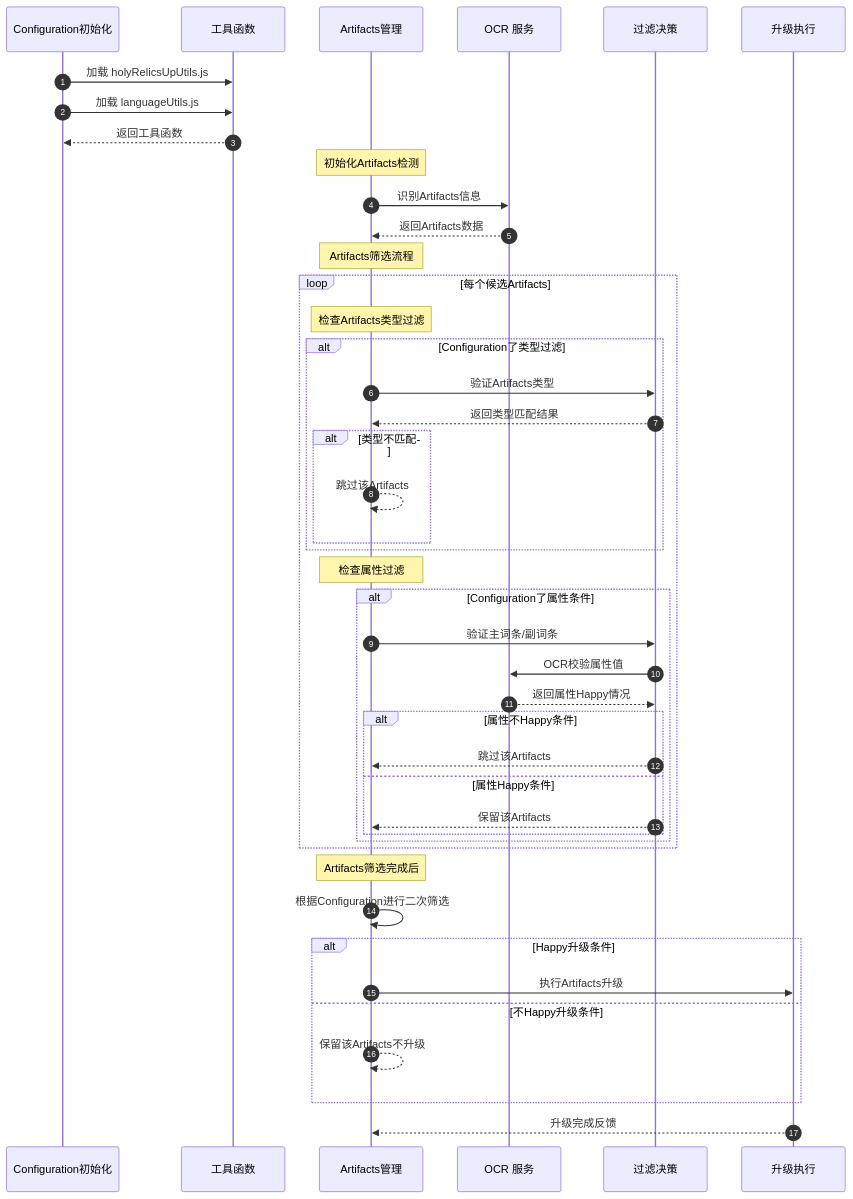
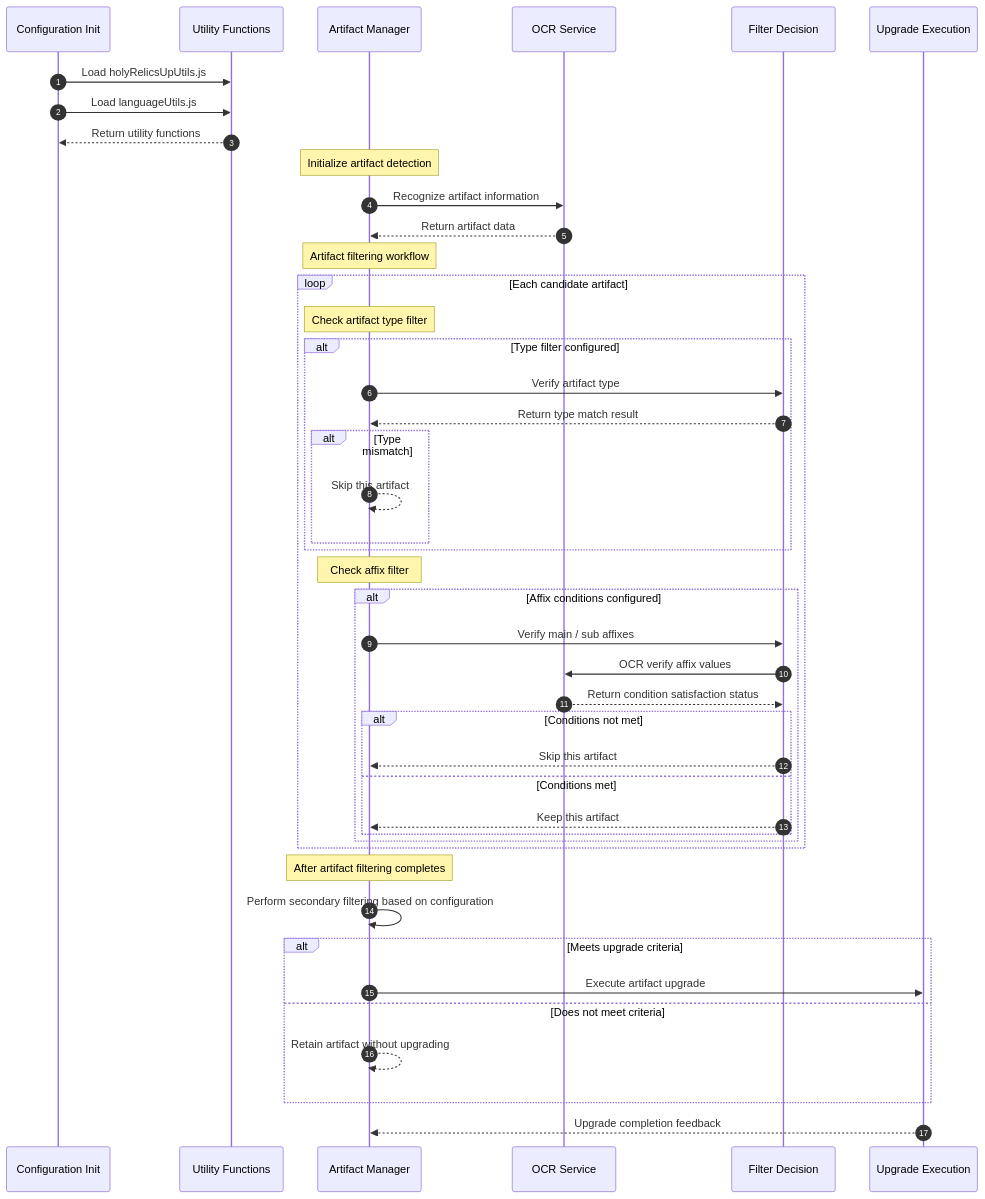
One commit to krammarkro/bettergi-scripts-list-en changed the diagram in repo/js/HolyRelicsUp/README.md. Above: the diagram before and after it, drawn with Mermaid. The commit also changed other lines of this file and 91 other files, not shown here.

````diff
--- a/repo/js/HolyRelicsUp/README.md
+++ b/repo/js/HolyRelicsUp/README.md
@@ -10,51 +11,51 @@
 ```mermaid
 sequenceDiagram
     autonumber
-    participant Config as Configuration初始化
-    participant Utils as 工具函数
-    participant RelicMgr as Artifacts管理
-    participant OCRSvc as OCR 服务
-    participant Filter as 过滤决策
-    participant Upgrade as 升级执行
+    participant Config as Configuration Init
+    participant Utils as Utility Functions
+    participant RelicMgr as Artifact Manager
+    participant OCRSvc as OCR Service
+    participant Filter as Filter Decision
+    participant Upgrade as Upgrade Execution
 
-    Config->>Utils: 加载 holyRelicsUpUtils.js
-    Config->>Utils: 加载 languageUtils.js
-    Utils-->>Config: 返回工具函数
+    Config->>Utils: Load holyRelicsUpUtils.js
+    Config->>Utils: Load languageUtils.js
+    Utils-->>Config: Return utility functions
     
-    Note over RelicMgr: 初始化Artifacts检测
-    RelicMgr->>OCRSvc: 识别Artifacts信息
-    OCRSvc-->>RelicMgr: 返回Artifacts数据
+    Note over RelicMgr: Initialize artifact detection
+    RelicMgr->>OCRSvc: Recognize artifact information
+    OCRSvc-->>RelicMgr: Return artifact data
     
-    Note over RelicMgr: Artifacts筛选流程
-    loop 每个候选Artifacts
-        Note over RelicMgr: 检查Artifacts类型过滤
-        alt Configuration了类型过滤
-            RelicMgr->>Filter: 验证Artifacts类型
-            Filter-->>RelicMgr: 返回类型匹配结果
-            alt 类型不匹配
-                RelicMgr-->>RelicMgr: 跳过该Artifacts
+    Note over RelicMgr: Artifact filtering workflow
+    loop Each candidate artifact
+        Note over RelicMgr: Check artifact type filter
+        alt Type filter configured
+            RelicMgr->>Filter: Verify artifact type
+            Filter-->>RelicMgr: Return type match result
+            alt Type mismatch
+                RelicMgr-->>RelicMgr: Skip this artifact
             end
         end
         
-        Note over RelicMgr: 检查属性过滤
-        alt Configuration了属性条件
-            RelicMgr->>Filter: 验证主词条/副词条
-            Filter->>OCRSvc: OCR校验属性值
-            OCRSvc-->>Filter: 返回属性Happy情况
-            alt 属性不Happy条件
-                Filter-->>RelicMgr: 跳过该Artifacts
-            else 属性Happy条件
-                Filter-->>RelicMgr: 保留该Artifacts
+        Note over RelicMgr: Check affix filter
+        alt Affix conditions configured
+            RelicMgr->>Filter: Verify main / sub affixes
+            Filter->>OCRSvc: OCR verify affix values
+            OCRSvc-->>Filter: Return condition satisfaction status
+            alt Conditions not met
+                Filter-->>RelicMgr: Skip this artifact
+            else Conditions met
+                Filter-->>RelicMgr: Keep this artifact
             end
         end
     end
 
-    Note over RelicMgr: Artifacts筛选完成后
-    RelicMgr->>RelicMgr: 根据Configuration进行二次筛选
-    alt Happy升级条件
-        RelicMgr->>Upgrade: 执行Artifacts升级
-    else 不Happy升级条件
-        RelicMgr-->>RelicMgr: 保留该Artifacts不升级
+    Note over RelicMgr: After artifact filtering completes
+    RelicMgr->>RelicMgr: Perform secondary filtering based on configuration
+    alt Meets upgrade criteria
+        RelicMgr->>Upgrade: Execute artifact upgrade
+    else Does not meet criteria
+        RelicMgr-->>RelicMgr: Retain artifact without upgrading
     end
-    Upgrade-->> RelicMgr: 升级完成反馈
+    Upgrade-->>RelicMgr: Upgrade completion feedback
 ```
````
